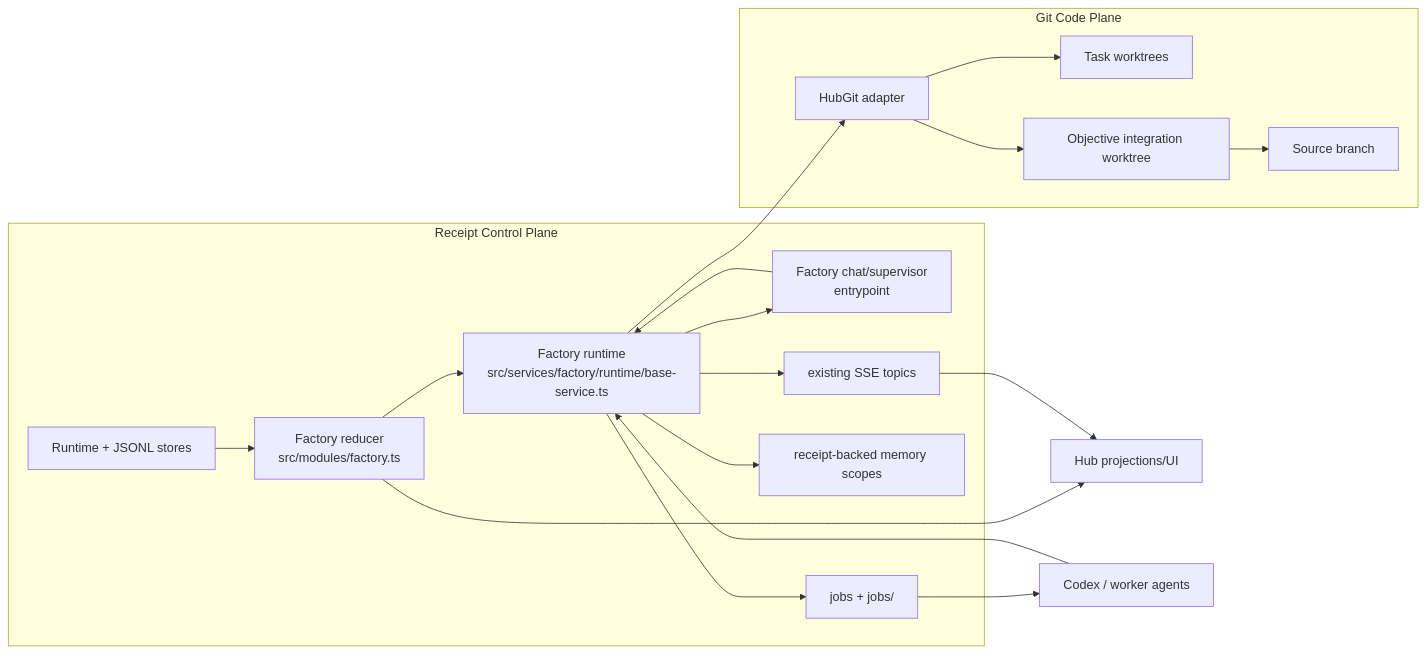
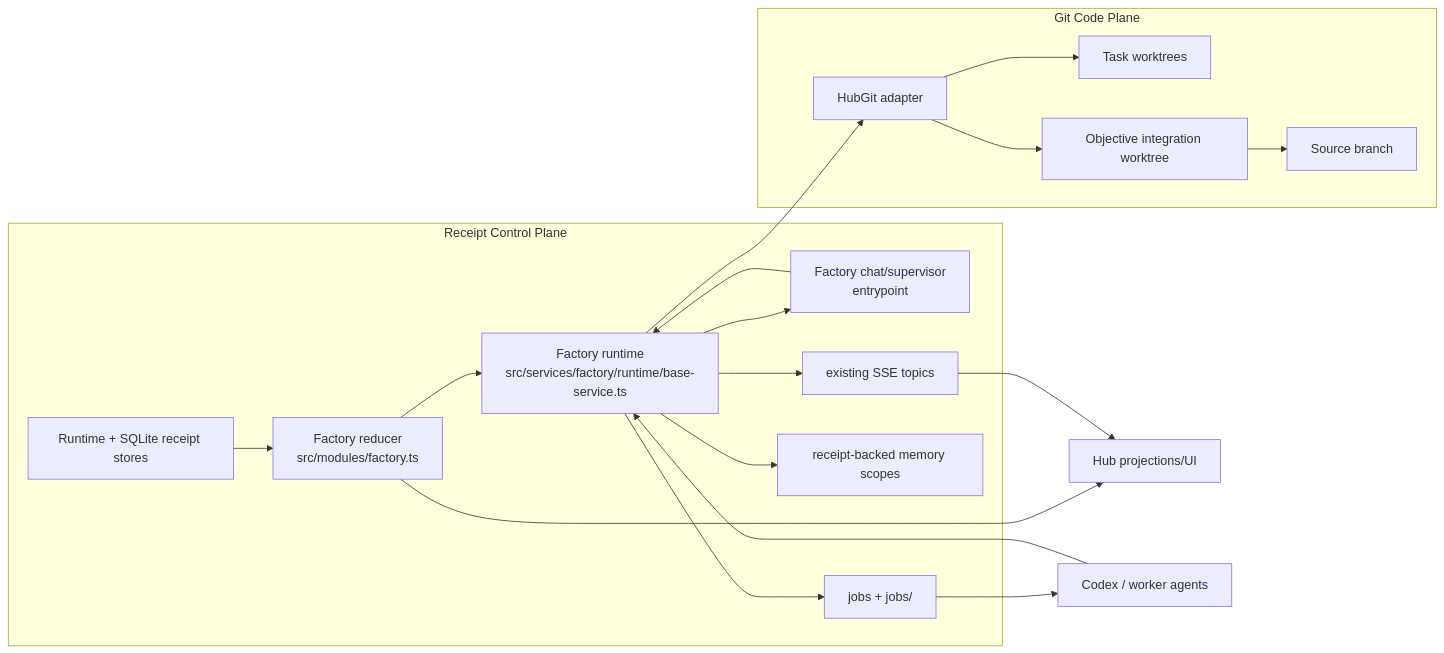
The first of 6 diagrams in docs/factory-on-receipt.md (skishore23/receipt), drawn with Mermaid before and after one commit. The commit also changed other lines of this file and 104 other files, not shown here.

Commit message:
Refactor storage implementation to use SQLite-backed receipt tables instead of JSONL. Update related documentation and code references across various files, including adapters and agents, to reflect the new storage mechanism.

````diff
--- a/docs/factory-on-receipt.md
+++ b/docs/factory-on-receipt.md
@@ -97,38 +97,38 @@
 ```mermaid
 flowchart LR
   subgraph Control["Receipt Control Plane"]
-    Runtime["Runtime + JSONL stores"]
+    Runtime["Runtime + SQLite receipt stores"]
     Reducer["Factory reducer\nsrc/modules/factory.ts"]
     Service["Factory runtime\nsrc/services/factory/runtime/base-service.ts"]
     Orchestrator["Factory chat/supervisor\nentrypoint"]
     Queue["jobs + jobs/<jobId>"]
     Memory["receipt-backed memory scopes"]
     SSE["existing SSE topics"]
   end
 
   subgraph Code["Git Code Plane"]
     Git["HubGit adapter"]
     TaskWT["Task worktrees"]
     IntWT["Objective integration worktree"]
     Source["Source branch"]
   end
 
   Hub["Hub projections/UI"]
   Worker["Codex / worker agents"]
 
   Runtime --> Reducer
   Reducer --> Service
   Service --> Orchestrator
   Orchestrator --> Service
   Service --> Queue
   Queue --> Worker
   Worker --> Service
   Service --> Memory
   Service --> SSE
   Service --> Git
   Git --> TaskWT
   Git --> IntWT
   IntWT --> Source
   Reducer --> Hub
   SSE --> Hub
 ```
````
